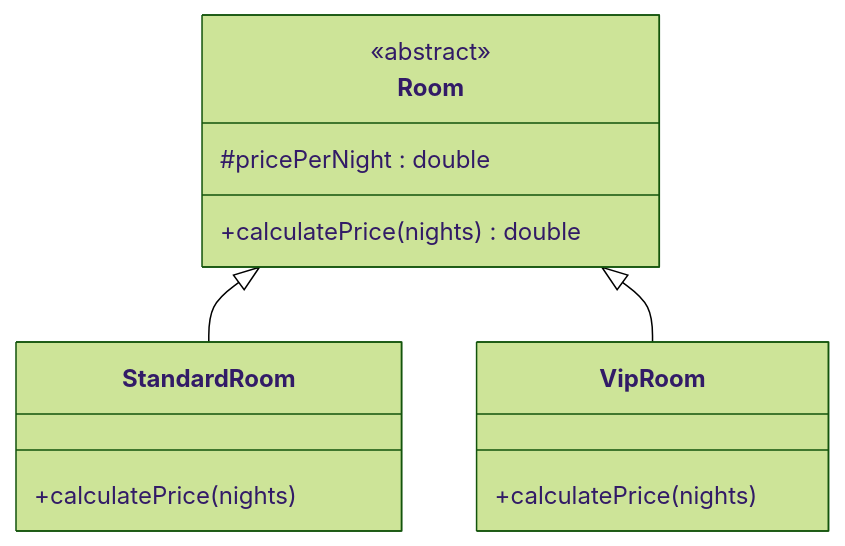
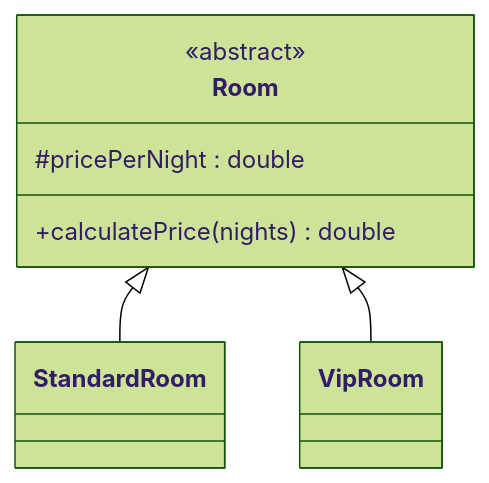
Before and after one commit to cecon123/ltnc-uet: the diagram in Week3/Bai07/README.md, drawn with Mermaid (forest theme). The commit also changed other lines of this file and 18 other files, not shown here.

````diff
--- a/Week3/Bai07/README.md
+++ b/Week3/Bai07/README.md
@@ -128,20 +125,15 @@
 ```mermaid
 classDiagram
 
 class Room {
     <<abstract>>
     #pricePerNight : double
     +calculatePrice(nights) double
 }
 
-class StandardRoom {
-    +calculatePrice(nights)
-}
-
-class VipRoom {
-    +calculatePrice(nights)
-}
+class StandardRoom
+class VipRoom
 
 Room <|-- StandardRoom
 Room <|-- VipRoom
 ```
````
